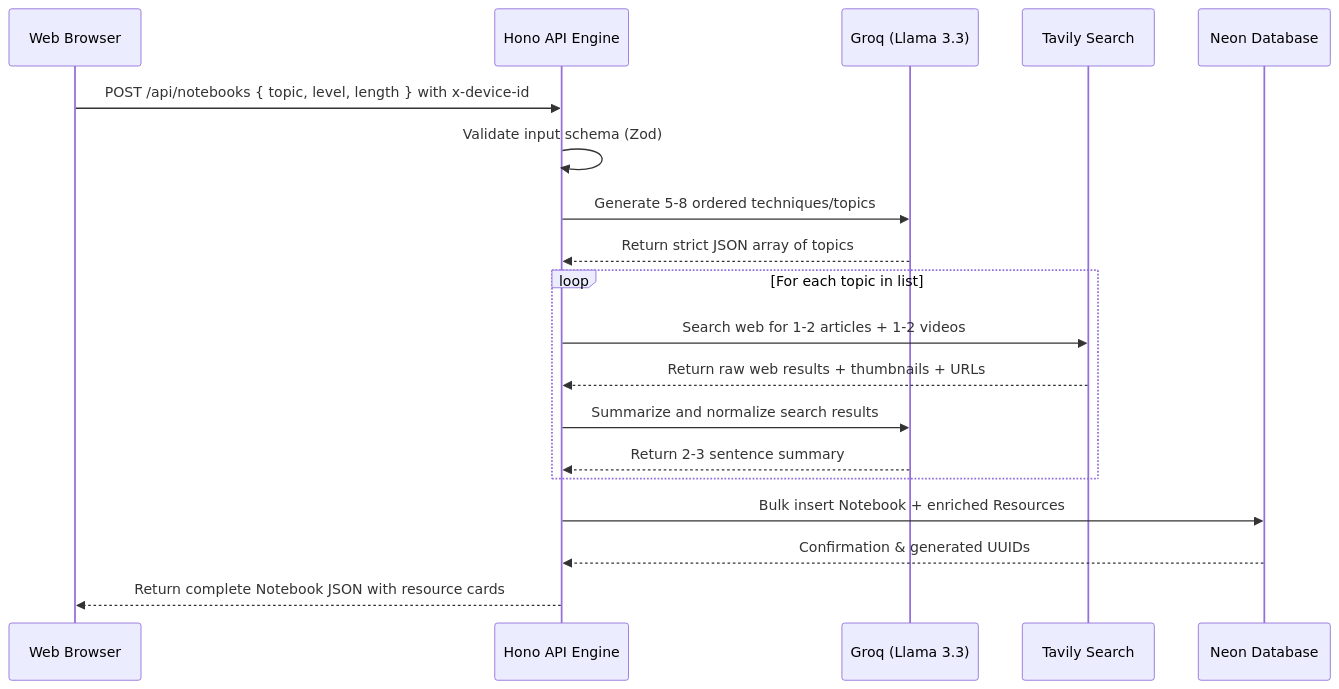
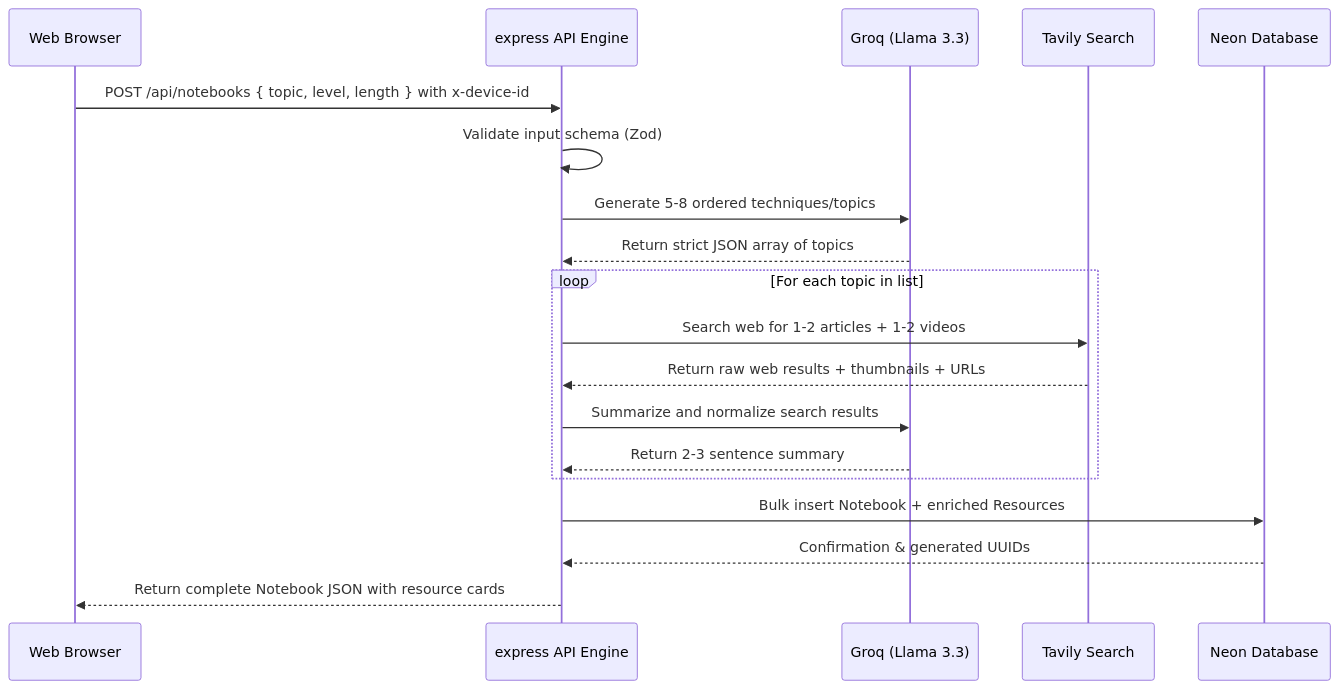
Before and after one commit to star-warrior/inquisitive: the second of 2 diagrams in .planning/codebase/ARCHITECTURE.md, drawn with Mermaid. The commit also changed other lines of this file and 63 other files, not shown here.

````diff
--- a/.planning/codebase/ARCHITECTURE.md
+++ b/.planning/codebase/ARCHITECTURE.md
@@ -61,22 +61,22 @@
 ```mermaid
 sequenceDiagram
     participant User as Web Browser
-    participant API as Hono API Engine
+    participant API as express API Engine
     participant Groq as Groq (Llama 3.3)
     participant Tavily as Tavily Search
     participant DB as Neon Database
 
     User->>API: POST /api/notebooks { topic, level, length } with x-device-id
     API->>API: Validate input schema (Zod)
     API->>Groq: Generate 5-8 ordered techniques/topics
     Groq-->>API: Return strict JSON array of topics
     loop For each topic in list
         API->>Tavily: Search web for 1-2 articles + 1-2 videos
         Tavily-->>API: Return raw web results + thumbnails + URLs
         API->>Groq: Summarize and normalize search results
         Groq-->>API: Return 2-3 sentence summary
     end
     API->>DB: Bulk insert Notebook + enriched Resources
     DB-->>API: Confirmation & generated UUIDs
     API-->>User: Return complete Notebook JSON with resource cards
 ```
````
